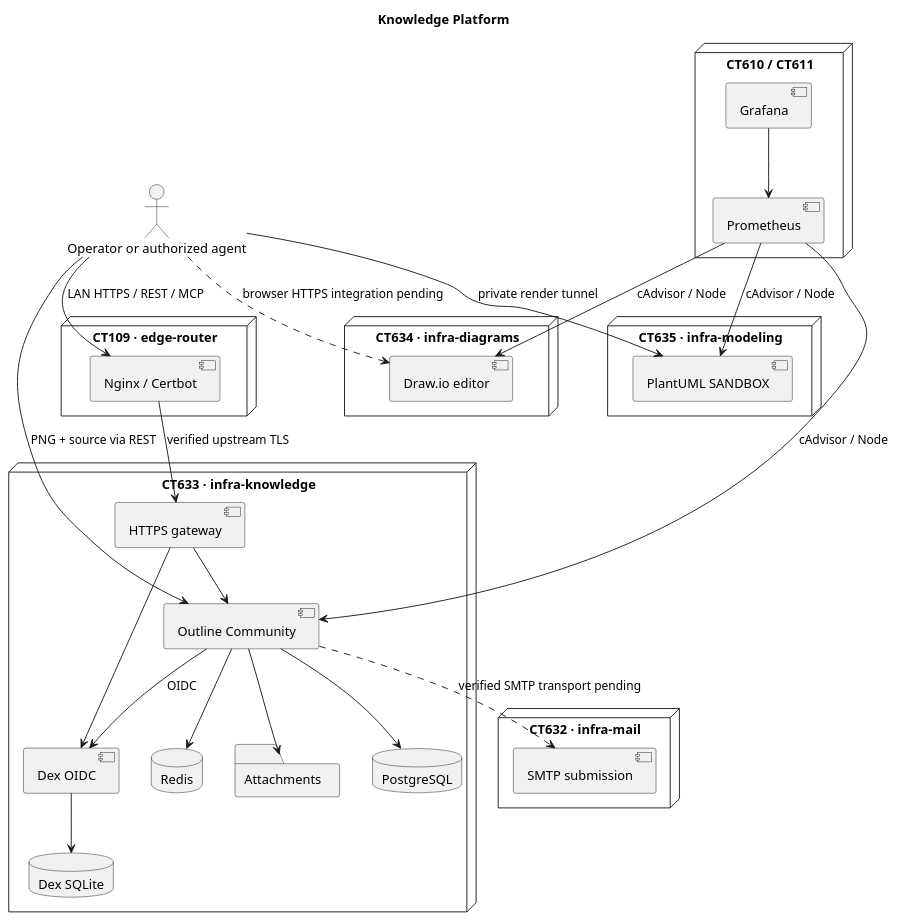
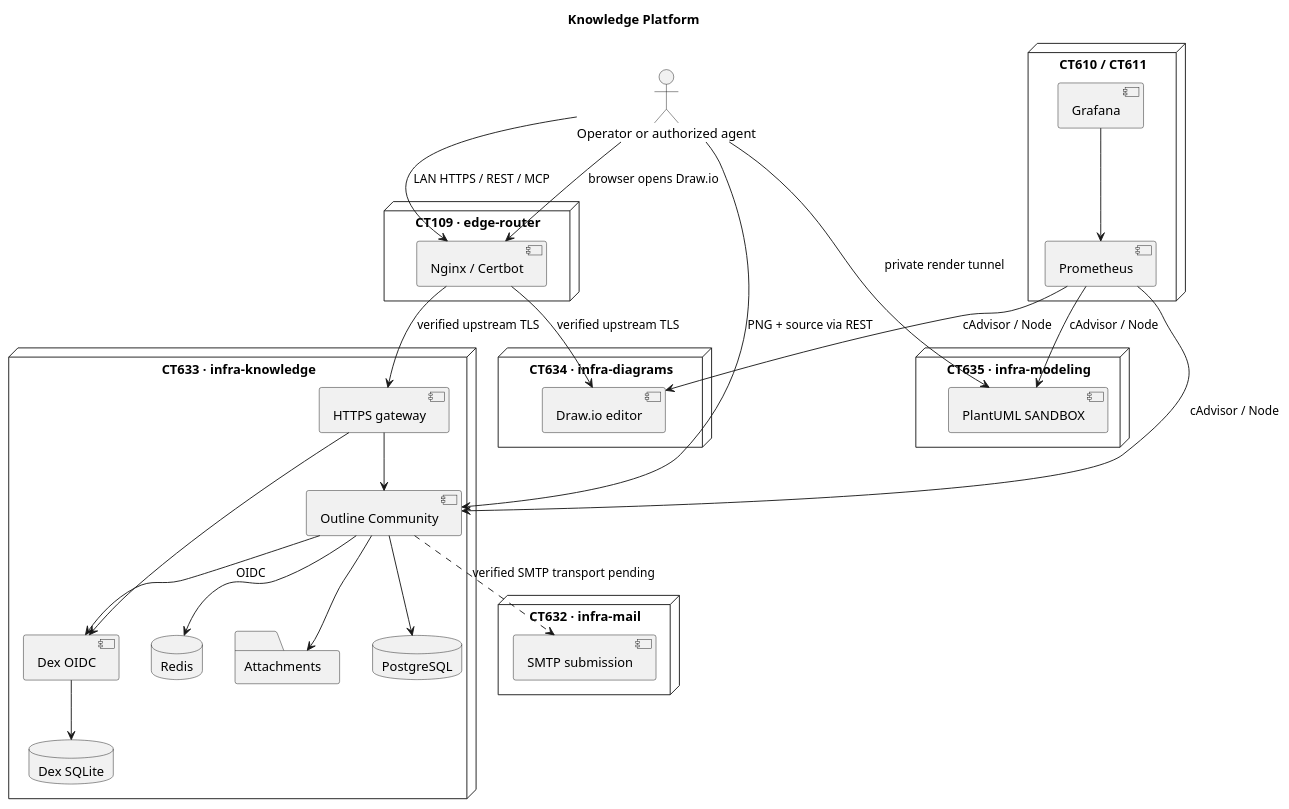
One commit to eduardo152030/mailerblend-platform-infra changed the diagram in terraform/proxmox/docs/runbooks/knowledge-platform/architecture.puml. Above: the diagram before and after it, drawn with PlantUML. The commit also changed 15 other files, not shown here.

First line of the commit message:
Publicar Draw.io por HTTPS e integrarlo en Outline (#91)

```diff
--- a/terraform/proxmox/docs/runbooks/knowledge-platform/architecture.puml
+++ b/terraform/proxmox/docs/runbooks/knowledge-platform/architecture.puml
@@ -1,46 +1,47 @@
 @startuml
 title Knowledge Platform
 actor "Operator or authorized agent" as user
 node "CT109 · edge-router" {
   component "Nginx / Certbot" as edge
 }
 node "CT633 · infra-knowledge" {
   component "HTTPS gateway" as gateway
   component "Dex OIDC" as dex
   component "Outline Community" as wiki
   database PostgreSQL as pg
   database Redis
   folder Attachments
   database "Dex SQLite" as sqlite
 }
 node "CT634 · infra-diagrams" {
   component "Draw.io editor" as draw
 }
 node "CT635 · infra-modeling" {
   component "PlantUML SANDBOX" as plant
 }
 node "CT632 · infra-mail" {
   component "SMTP submission" as mail
 }
 node "CT610 / CT611" {
   component Prometheus
   component Grafana
 }
 user --> edge : LAN HTTPS / REST / MCP
 edge --> gateway : verified upstream TLS
 gateway --> wiki
 gateway --> dex
 wiki --> dex : OIDC
 wiki --> pg
 wiki --> Redis
 wiki --> Attachments
 dex --> sqlite
 user --> plant : private render tunnel
 user --> wiki : PNG + source via REST
-user ..> draw : browser HTTPS integration pending
+user --> edge : browser opens Draw.io
+edge --> draw : verified upstream TLS
 wiki ..> mail : verified SMTP transport pending
 Prometheus --> plant : cAdvisor / Node
 Prometheus --> wiki : cAdvisor / Node
 Prometheus --> draw : cAdvisor / Node
 Grafana --> Prometheus
 @enduml
```
